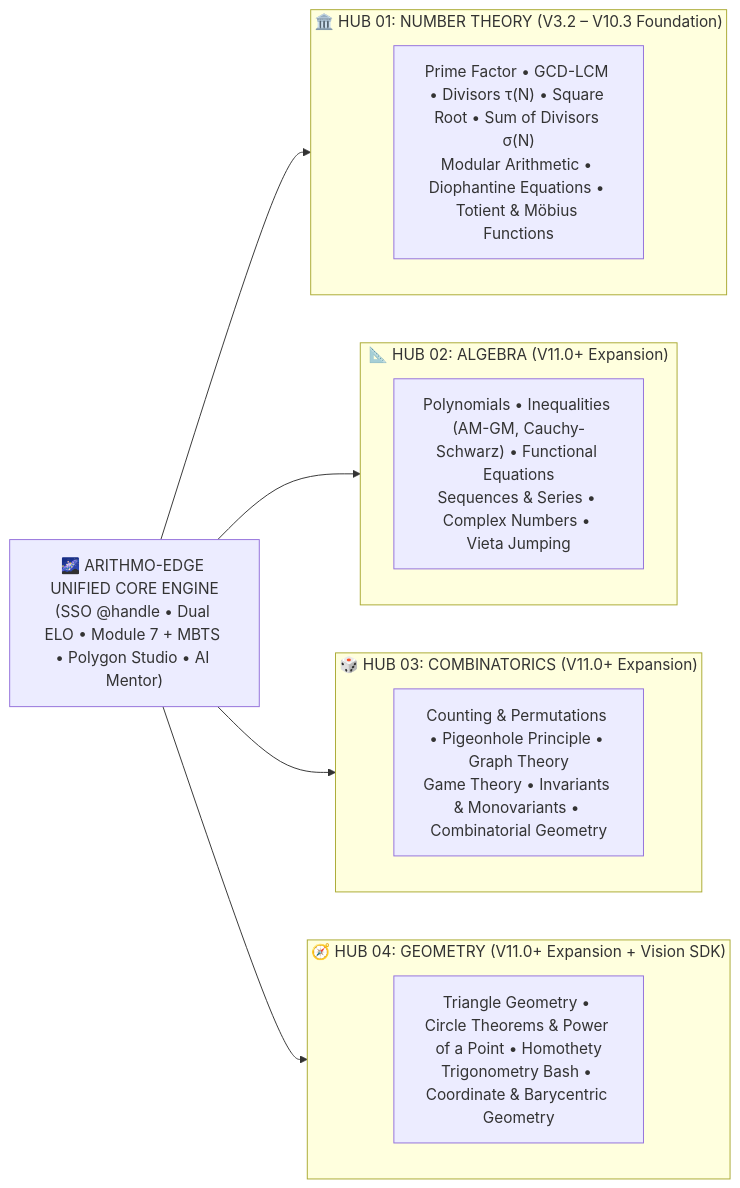
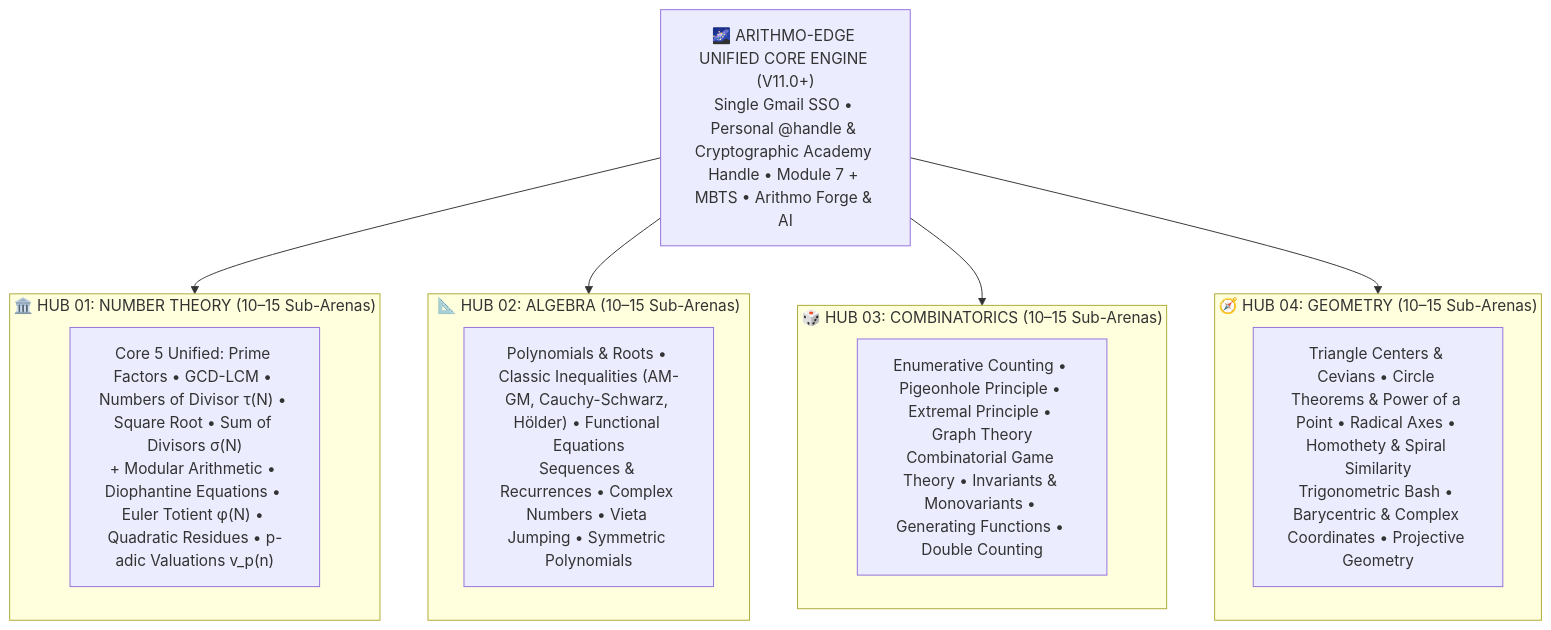
One commit to rayaantasnim/Arithmo-Edge-Discussion changed the second of 2 diagrams in README.md. Above: the diagram before and after it, drawn with Mermaid. The commit also changed other lines of this file and 3 other files, not shown here.

````diff
--- a/README.md
+++ b/README.md
@@ -79,25 +95,25 @@
 ```mermaid
-flowchart LR
-    CORE["🌌 ARITHMO-EDGE UNIFIED CORE ENGINE<br/>(SSO @handle • Dual ELO • Module 7 + MBTS • Polygon Studio • AI Mentor)"]
+flowchart TB
+    CORE["🌌 ARITHMO-EDGE UNIFIED CORE ENGINE (V11.0+)<br/>Single Gmail SSO • Personal @handle & Cryptographic Academy Handle • Module 7 + MBTS • Arithmo Forge & AI"]
 
-    subgraph H1["🏛️ HUB 01: NUMBER THEORY (V3.2 – V10.3 Foundation)"]
-        NT["Prime Factor • GCD-LCM • Divisors τ(N) • Square Root • Sum of Divisors σ(N)<br/>Modular Arithmetic • Diophantine Equations • Totient & Möbius Functions"]
+    subgraph H1["🏛️ HUB 01: NUMBER THEORY (10–15 Sub-Arenas)"]
+        NT["Core 5 Unified: Prime Factors • GCD-LCM • Numbers of Divisor τ(N) • Square Root • Sum of Divisors σ(N)<br/>+ Modular Arithmetic • Diophantine Equations • Euler Totient φ(N) • Quadratic Residues • p-adic Valuations v_p(n)"]
     end
 
-    subgraph H2["📐 HUB 02: ALGEBRA (V11.0+ Expansion)"]
-        ALG["Polynomials • Inequalities (AM-GM, Cauchy-Schwarz) • Functional Equations<br/>Sequences & Series • Complex Numbers • Vieta Jumping"]
+    subgraph H2["📐 HUB 02: ALGEBRA (10–15 Sub-Arenas)"]
+        ALG["Polynomials & Roots • Classic Inequalities (AM-GM, Cauchy-Schwarz, Hölder) • Functional Equations<br/>Sequences & Recurrences • Complex Numbers • Vieta Jumping • Symmetric Polynomials"]
     end
 
-    subgraph H3["🎲 HUB 03: COMBINATORICS (V11.0+ Expansion)"]
-        COMB["Counting & Permutations • Pigeonhole Principle • Graph Theory<br/>Game Theory • Invariants & Monovariants • Combinatorial Geometry"]
+    subgraph H3["🎲 HUB 03: COMBINATORICS (10–15 Sub-Arenas)"]
+        COMB["Enumerative Counting • Pigeonhole Principle • Extremal Principle • Graph Theory<br/>Combinatorial Game Theory • Invariants & Monovariants • Generating Functions • Double Counting"]
     end
 
-    subgraph H4["🧭 HUB 04: GEOMETRY (V11.0+ Expansion + Vision SDK)"]
-        GEO["Triangle Geometry • Circle Theorems & Power of a Point • Homothety<br/>Trigonometry Bash • Coordinate & Barycentric Geometry"]
+    subgraph H4["🧭 HUB 04: GEOMETRY (10–15 Sub-Arenas)"]
+        GEO["Triangle Centers & Cevians • Circle Theorems & Power of a Point • Radical Axes • Homothety & Spiral Similarity<br/>Trigonometric Bash • Barycentric & Complex Coordinates • Projective Geometry"]
     end
 
     CORE --> H1
     CORE --> H2
     CORE --> H3
     CORE --> H4
 ```
````
